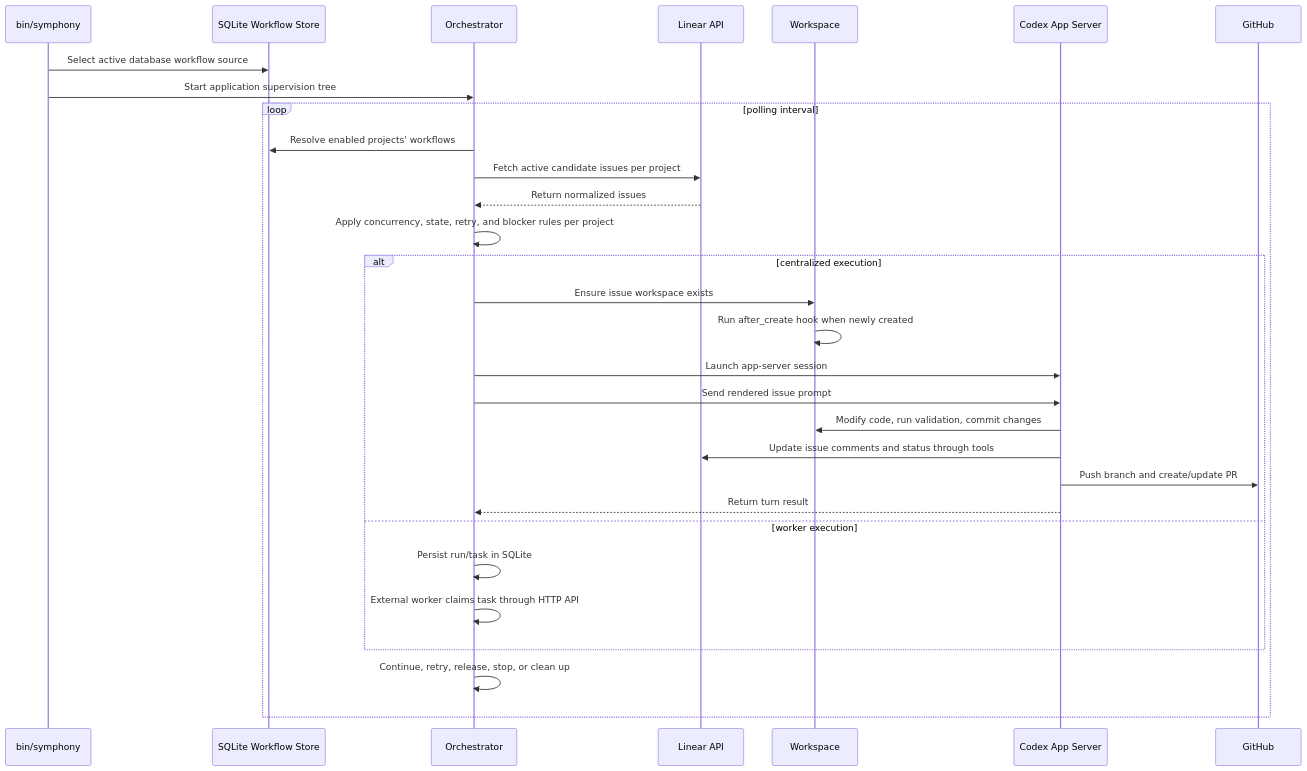
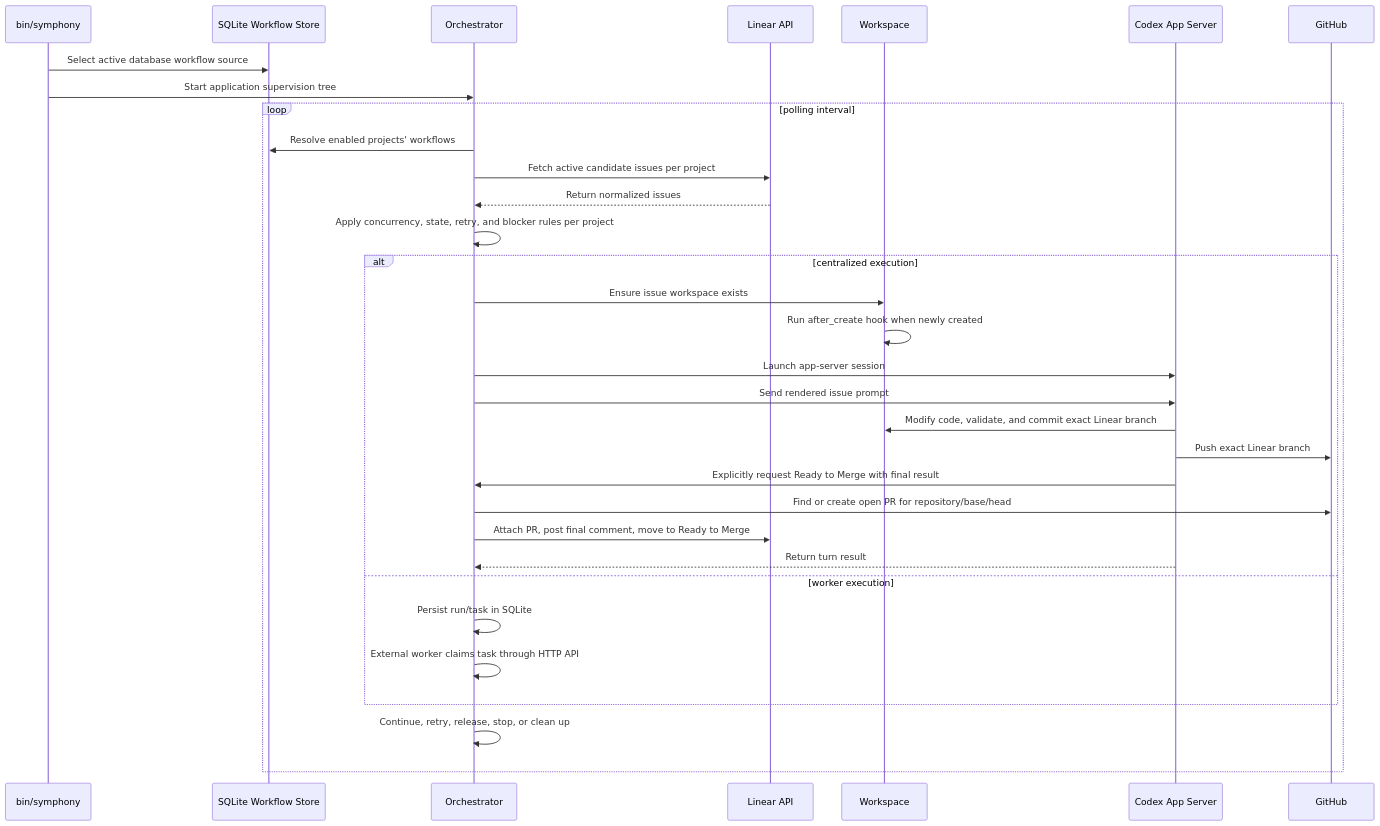
The second of 2 diagrams in docs/ARCHITECTURE.md (VikingMew/symphony), drawn with Mermaid before and after one commit. The commit also changed other lines of this file and 71 other files, not shown here.

First line of the commit message:
feat(delivery): add GitHub PR-first handoff

````diff
--- a/docs/ARCHITECTURE.md
+++ b/docs/ARCHITECTURE.md
@@ -85,34 +85,36 @@
 ```mermaid
 sequenceDiagram
     participant CLI as bin/symphony
     participant Workflow as SQLite Workflow Store
     participant Orch as Orchestrator
     participant Linear as Linear API
     participant WS as Workspace
     participant Codex as Codex App Server
     participant GitHub as GitHub
 
     CLI->>Workflow: Select active database workflow source
     CLI->>Orch: Start application supervision tree
 
     loop polling interval
         Orch->>Workflow: Resolve enabled projects' workflows
         Orch->>Linear: Fetch active candidate issues per project
         Linear-->>Orch: Return normalized issues
         Orch->>Orch: Apply concurrency, state, retry, and blocker rules per project
         alt centralized execution
             Orch->>WS: Ensure issue workspace exists
             WS->>WS: Run after_create hook when newly created
             Orch->>Codex: Launch app-server session
             Orch->>Codex: Send rendered issue prompt
-            Codex->>WS: Modify code, run validation, commit changes
-            Codex->>Linear: Update issue comments and status through tools
-            Codex->>GitHub: Push branch and create/update PR
+            Codex->>WS: Modify code, validate, and commit exact Linear branch
+            Codex->>GitHub: Push exact Linear branch
+            Codex->>Orch: Explicitly request Ready to Merge with final result
+            Orch->>GitHub: Find or create open PR for repository/base/head
+            Orch->>Linear: Attach PR, post final comment, move to Ready to Merge
             Codex-->>Orch: Return turn result
         else worker execution
             Orch->>Orch: Persist run/task in SQLite
             Orch->>Orch: External worker claims task through HTTP API
         end
         Orch->>Orch: Continue, retry, release, stop, or clean up
     end
 ```
````
